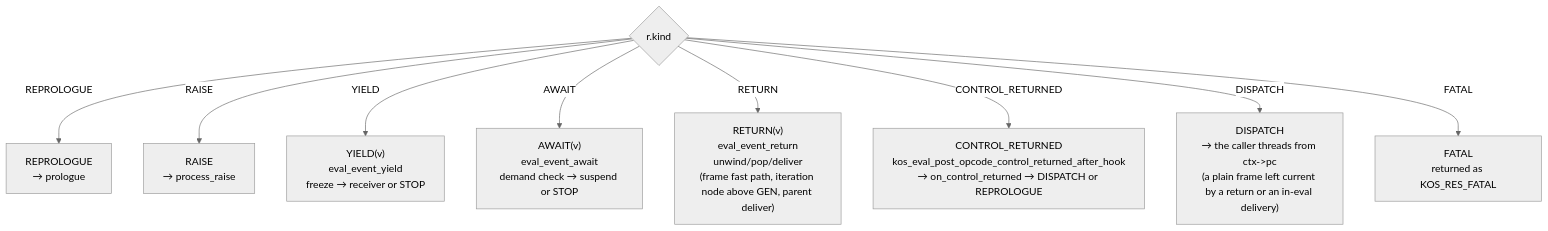
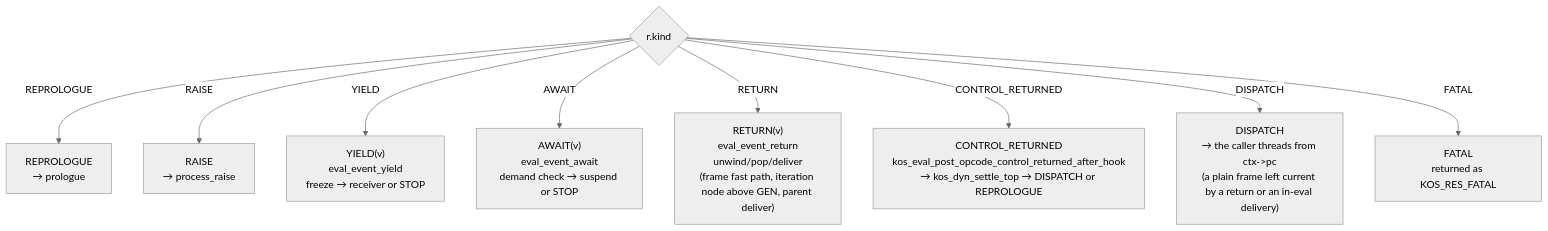
One commit to koskari-lang/koskari changed the seventh of 12 diagrams in design/EVALUATOR.md. Above: the diagram before and after it, drawn with Mermaid (neutral theme). The commit also changed other lines of this file and 3 other files, not shown here.

````diff
--- a/design/EVALUATOR.md
+++ b/design/EVALUATOR.md
@@ -491,21 +489,21 @@
 ```mermaid
 flowchart TD
     kind{"r.kind"}
     repro["REPROLOGUE<br/>→ prologue"]
     raise["RAISE<br/>→ process_raise"]
     yield["YIELD(v)<br/>eval_event_yield<br/>freeze → receiver or STOP"]
     await["AWAIT(v)<br/>eval_event_await<br/>demand check → suspend or STOP"]
     ret["RETURN(v)<br/>eval_event_return<br/>unwind/pop/deliver<br/>(frame fast path, iteration node above GEN, parent deliver)"]
-    ctrl["CONTROL_RETURNED<br/>kos_eval_post_opcode_control_returned_after_hook<br/>→ on_control_returned → DISPATCH or REPROLOGUE"]
+    ctrl["CONTROL_RETURNED<br/>kos_eval_post_opcode_control_returned_after_hook<br/>→ kos_dyn_settle_top → DISPATCH or REPROLOGUE"]
     disp["DISPATCH<br/>→ the caller threads from ctx->pc<br/>(a plain frame left current by a return or an in-eval delivery)"]
     fatal["FATAL<br/>returned as KOS_RES_FATAL"]
 
     kind -->|REPROLOGUE| repro
     kind -->|RAISE| raise
     kind -->|YIELD| yield
     kind -->|AWAIT| await
     kind -->|RETURN| ret
     kind -->|CONTROL_RETURNED| ctrl
     kind -->|DISPATCH| disp
     kind -->|FATAL| fatal
 ```
````
